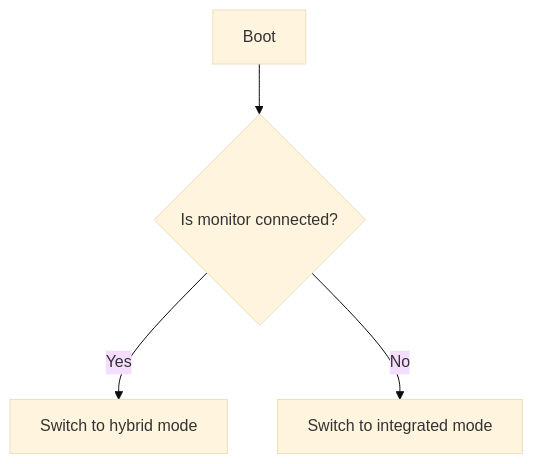
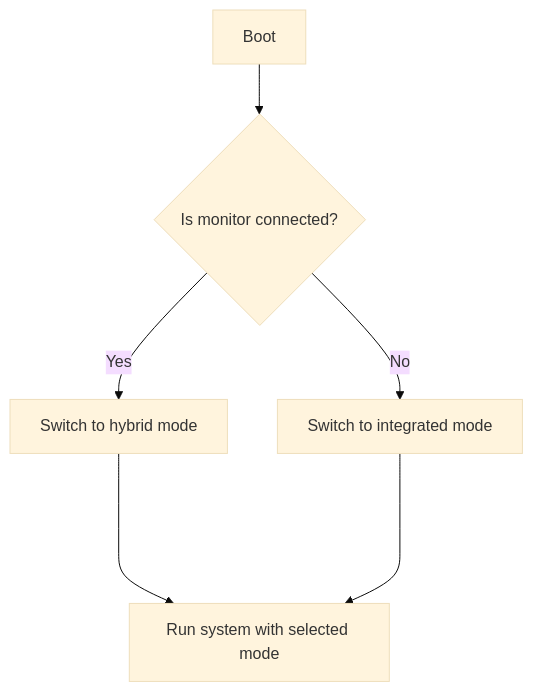
Before and after one commit to maciejdudek92/nvidia-integrated-hybrid_switcher: the diagram in README.md, drawn with Mermaid (base theme).

````diff
--- a/README.md
+++ b/README.md
@@ -6,7 +6,8 @@
 ```mermaid
 flowchart TD
 A[Boot] --> B{Is monitor connected?};
 B -- Yes --> C[Switch to hybrid mode]
 B -- No --> D[Switch to integrated mode];
-
+C ----> E[Run system with selected mode];
+D ----> E[Run system with selected mode];
 ```
````
